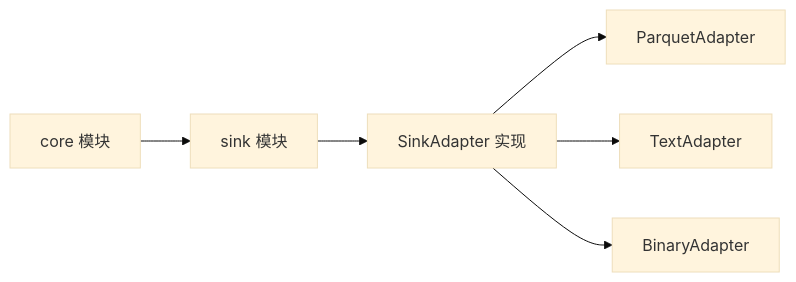
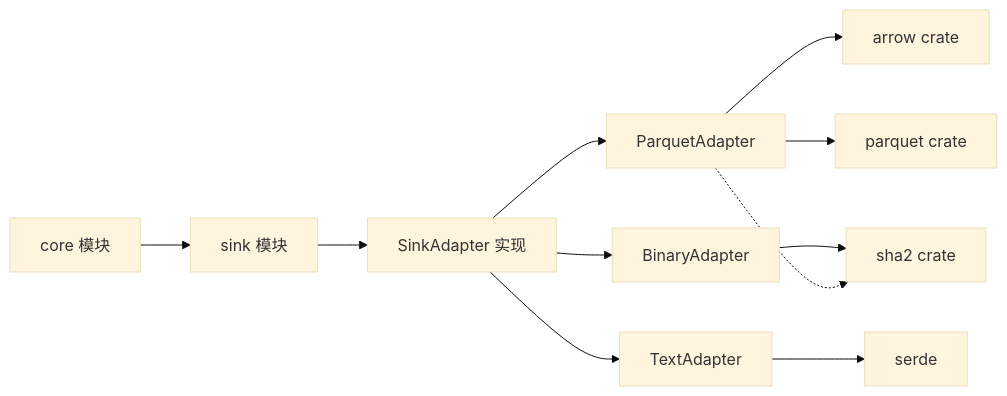
Before and after one commit to shiyukonghui/StructGen-rs: the seventh of 7 diagrams in .qoder/repowiki/zh/content/输出适配层/输出适配层.md, drawn with Mermaid (base theme). The commit also changed other lines of this file and 8 other files, not shown here.

````diff
--- a/.qoder/repowiki/zh/content/输出适配层/输出适配层.md
+++ b/.qoder/repowiki/zh/content/输出适配层/输出适配层.md
@@ -281,8 +401,13 @@
 ```mermaid
 graph LR
 CORE["core 模块"] --> SINK["sink 模块"]
 SINK --> ADAPTER["SinkAdapter 实现"]
 ADAPTER --> PARQUET["ParquetAdapter"]
 ADAPTER --> TEXT["TextAdapter"]
 ADAPTER --> BINARY["BinaryAdapter"]
+PARQUET --> ARROW["arrow crate"]
+PARQUET --> PARQUET_CRATE["parquet crate"]
+TEXT --> SERDE["serde"]
+BINARY --> SHA2["sha2 crate"]
+PARQUET -.-> SHA2
 ```
````
